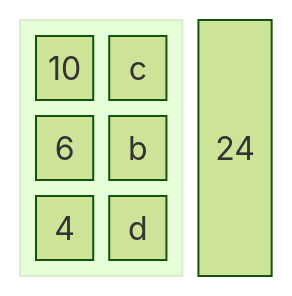
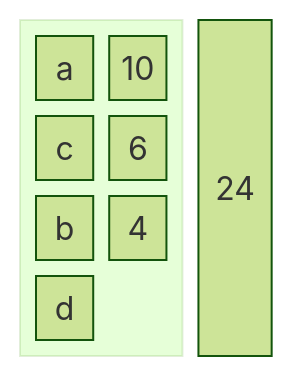
Before and after one commit to BenhurUFSM/pod26b: the fifth of 6 diagrams in Assuntos/compressao.md, drawn with Mermaid (forest theme). The commit also changed other lines of this file, not shown here.

````diff
--- a/Assuntos/compressao.md
+++ b/Assuntos/compressao.md
@@ -131,12 +131,12 @@
 ```mermaid
 block
 columns 3
-block:a:2
+block:b1:2
 columns 2
 a 10
 c  6
 b  4
 d  4
 end
 24
 ```
````
